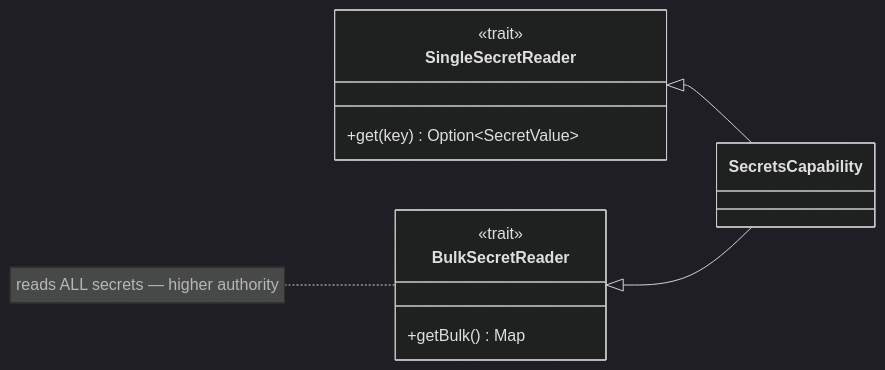
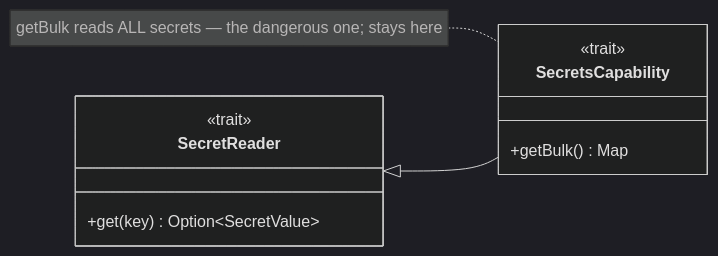
One commit to sideeffffect/dapr4s changed diagram 30 of 36 in docs/CAPABILITY-SPLITS.md. Above: the diagram before and after it, drawn with Mermaid (dark theme). The commit also changed other lines of this file, not shown here.

First line of the commit message:
docs: refine authority-split section per review

````diff
--- a/docs/CAPABILITY-SPLITS.md
+++ b/docs/CAPABILITY-SPLITS.md
@@ -641,16 +658,14 @@
 ```mermaid
 classDiagram
     direction LR
-    class SingleSecretReader {
+    class SecretReader {
         <<trait>>
         +get(key) Option~SecretValue~
     }
-    class BulkSecretReader {
+    class SecretsCapability {
         <<trait>>
         +getBulk() Map
     }
-    class SecretsCapability
-    SingleSecretReader <|-- SecretsCapability
-    BulkSecretReader <|-- SecretsCapability
-    note for BulkSecretReader "reads ALL secrets — higher authority"
+    SecretReader <|-- SecretsCapability
+    note for SecretsCapability "getBulk reads ALL secrets — the dangerous one; stays here"
 ```
````
